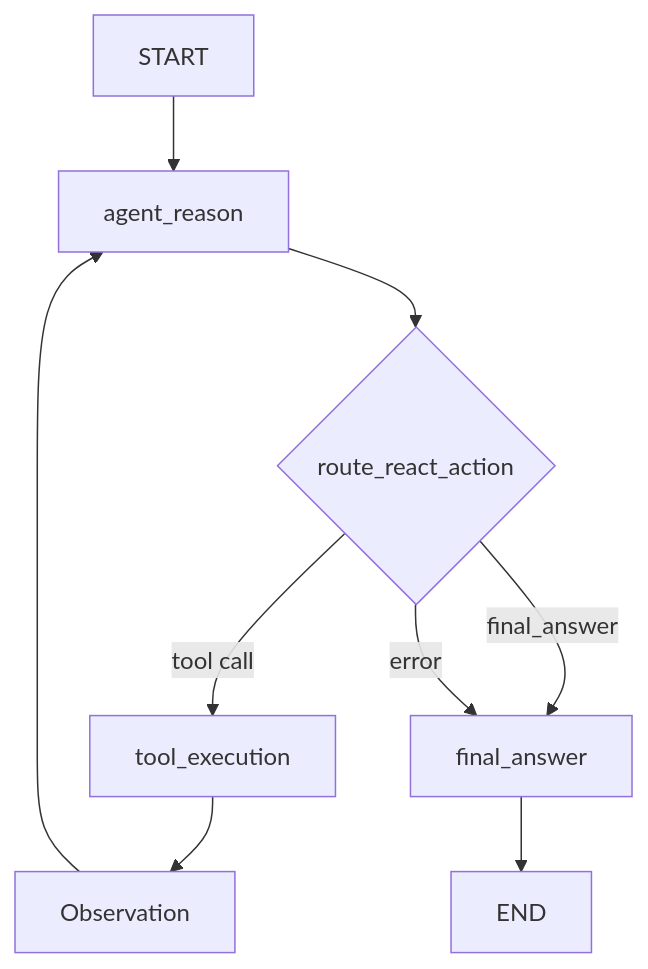
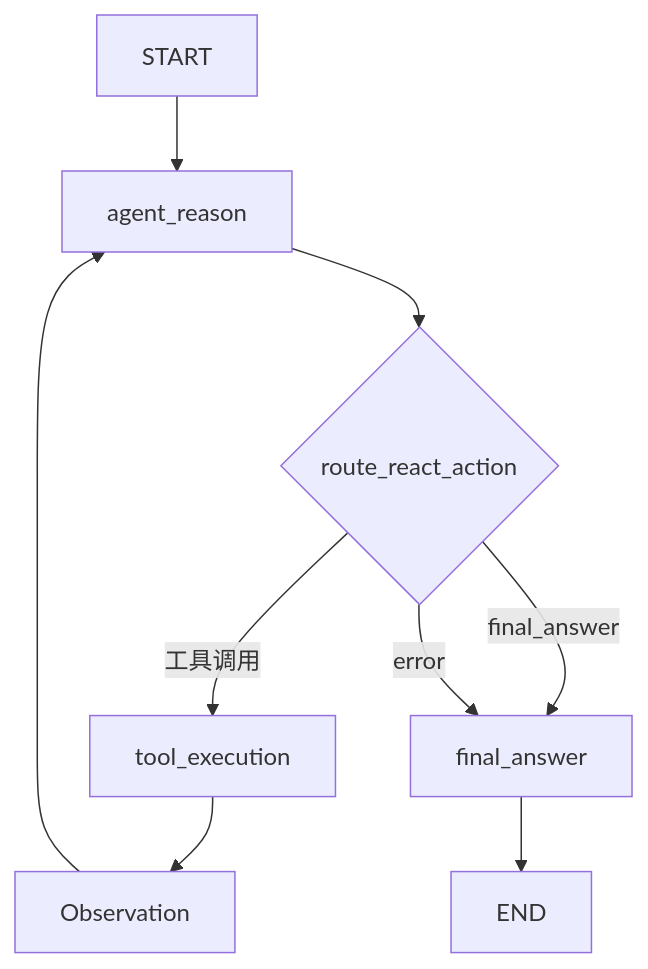
One commit to deleson/langgraph_commerce_stock_backend changed the third of 3 diagrams in README.md. Above: the diagram before and after it, drawn with Mermaid. The commit also changed other lines of this file, not shown here.

````diff
--- a/README.md
+++ b/README.md
@@ -107,11 +259,11 @@
 ```mermaid
 flowchart TD
     A["START"] --> B["agent_reason"]
     B --> C{"route_react_action"}
-    C -->|tool call| D["tool_execution"]
+    C -->|工具调用| D["tool_execution"]
     D --> E["Observation"]
     E --> B
     C -->|final_answer| F["final_answer"]
     C -->|error| F
     F --> G["END"]
 ```
````
